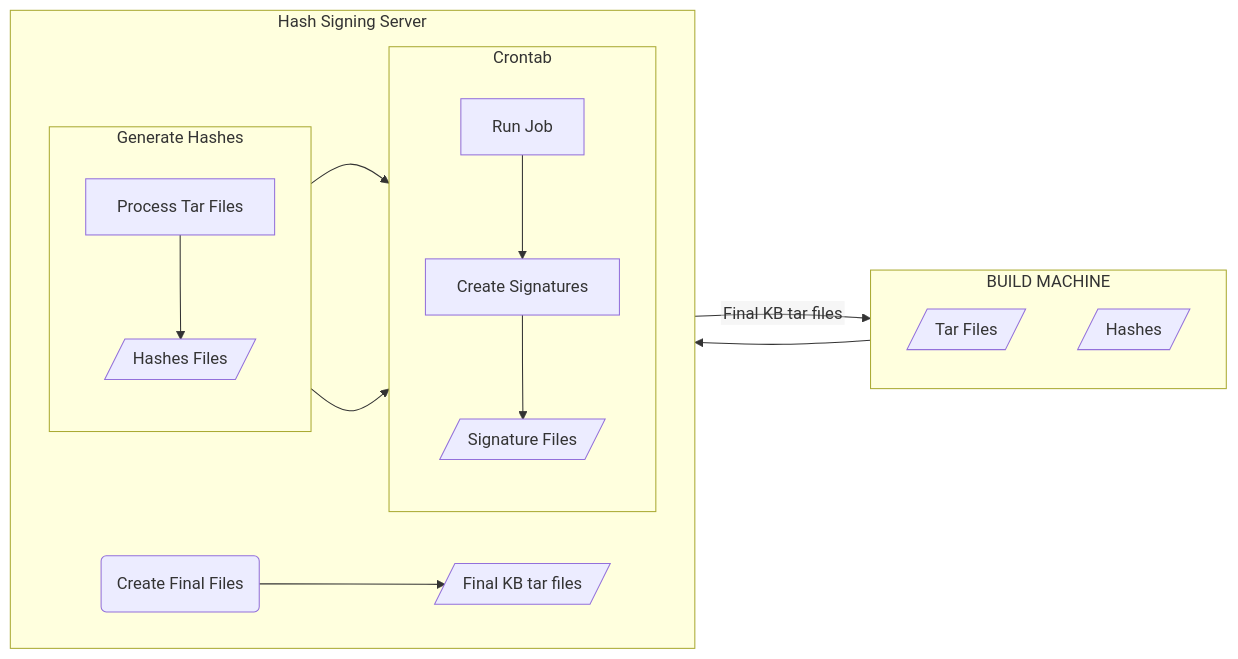
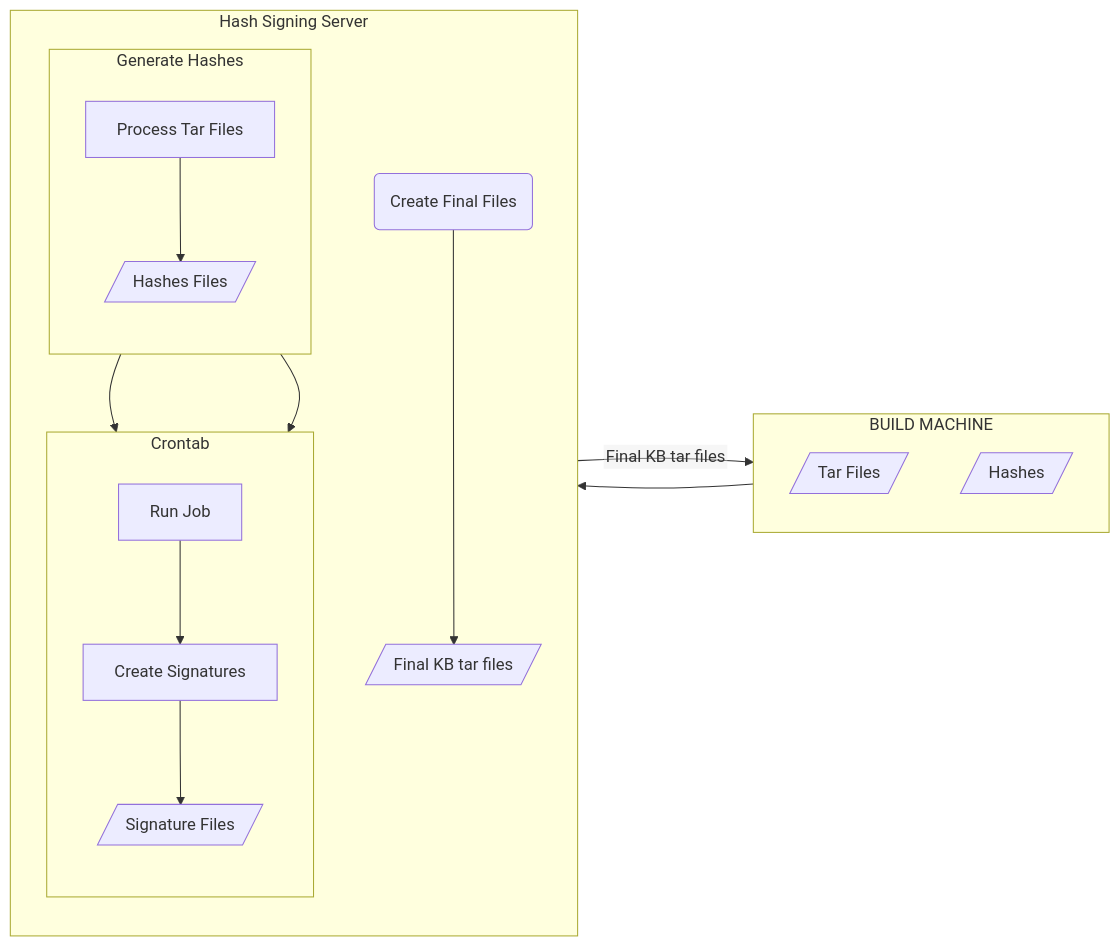
The diagram in README.md (lopezji/test-repository), drawn with Mermaid before and after one commit.

Commit message:
Working diagrams

````diff
--- a/README.md
+++ b/README.md
@@ -4,34 +4,33 @@
 ```mermaid
 %%{init: {"flowchart": {"htmlLabels": false}} }%%
 flowchart LR
     subgraph a["BUILD MACHINE"]
         direction TB
             a1[/Tar Files/]
             a2[/Hashes/]
     end
 
      subgraph b["Hash Signing Server"]
-        direction LR
+        direction TB
             subgraph b1[Generate Hashes]
                 direction TB
                  b11[Process Tar Files] --> b12[/Hashes Files/]
             end
 
             subgraph b2["Crontab"]
                 direction TB 
                 b21["Run Job"] --> b22[Create Signatures]
                 b22 --> b23[/Signature Files/]
             end 
 
             c1("Create Final Files") --> c2[/Final KB tar files/]
 
-
             b1 --> b2
             b12 --> b21
             
      end               
 
      a --> b
 
      b -- "Final KB tar files" --> a
 ```
````
